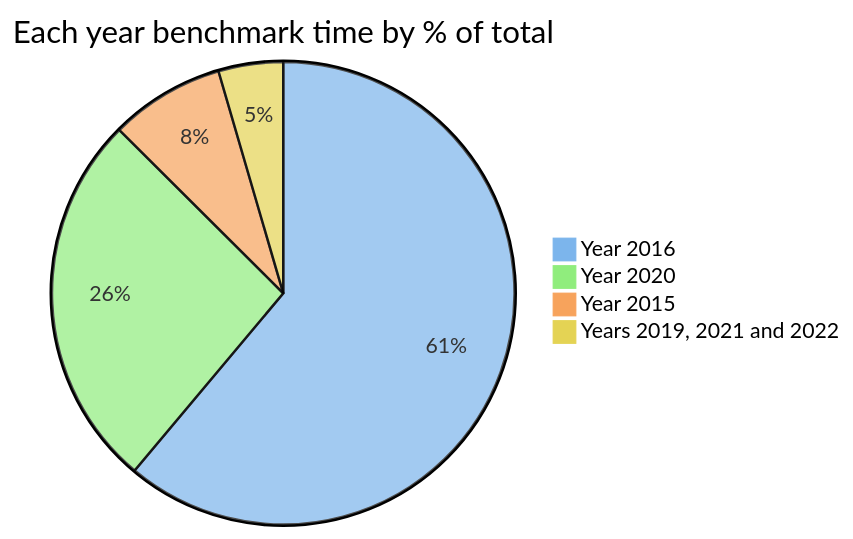
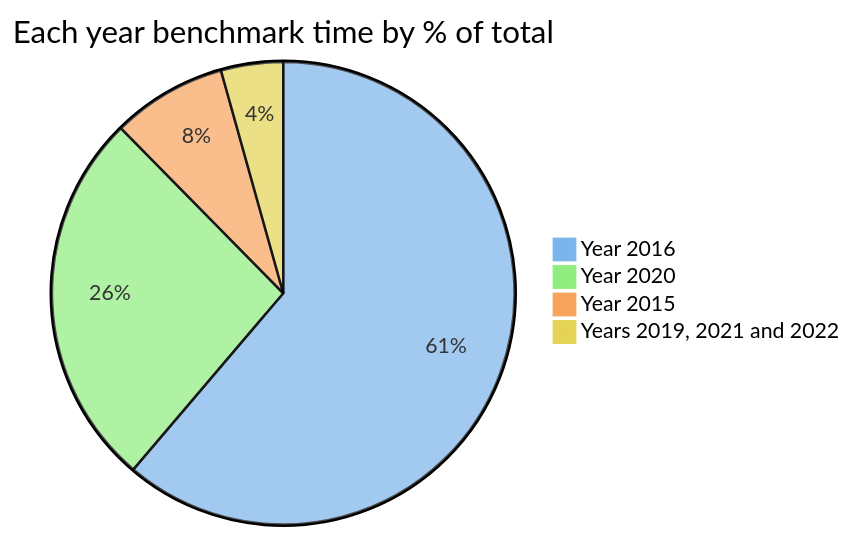
One commit to maneatingape/advent-of-code-rust changed the first of 7 diagrams in README.md. Above: the diagram before and after it, drawn with Mermaid. The commit also changed other lines of this file and 1 other file, not shown here.

````diff
--- a/README.md
+++ b/README.md
@@ -61,9 +61,9 @@
 ```mermaid
 %%{init: {"themeVariables": { "pie1": "#7cb5ec", "pie2": "#90ed7d", "pie3": "#f7a35c", "pie4": "#e4d354", "pie5": "#e4c4fb", "pie6": "#c6cdd5"}}}%%
 pie
     title Each year benchmark time by % of total
     "Year 2016" : 663
     "Year 2020" : 286
     "Year 2015" : 87
-    "Years 2019, 2021 and 2022" : 49
+    "Years 2019, 2021 and 2022" : 47
 ```
````
